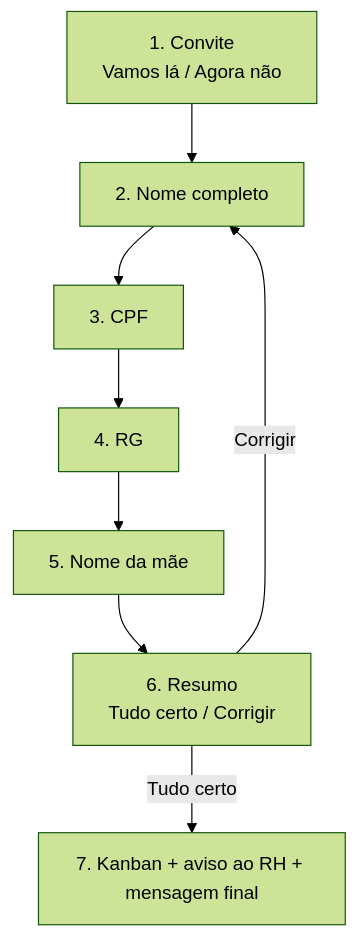
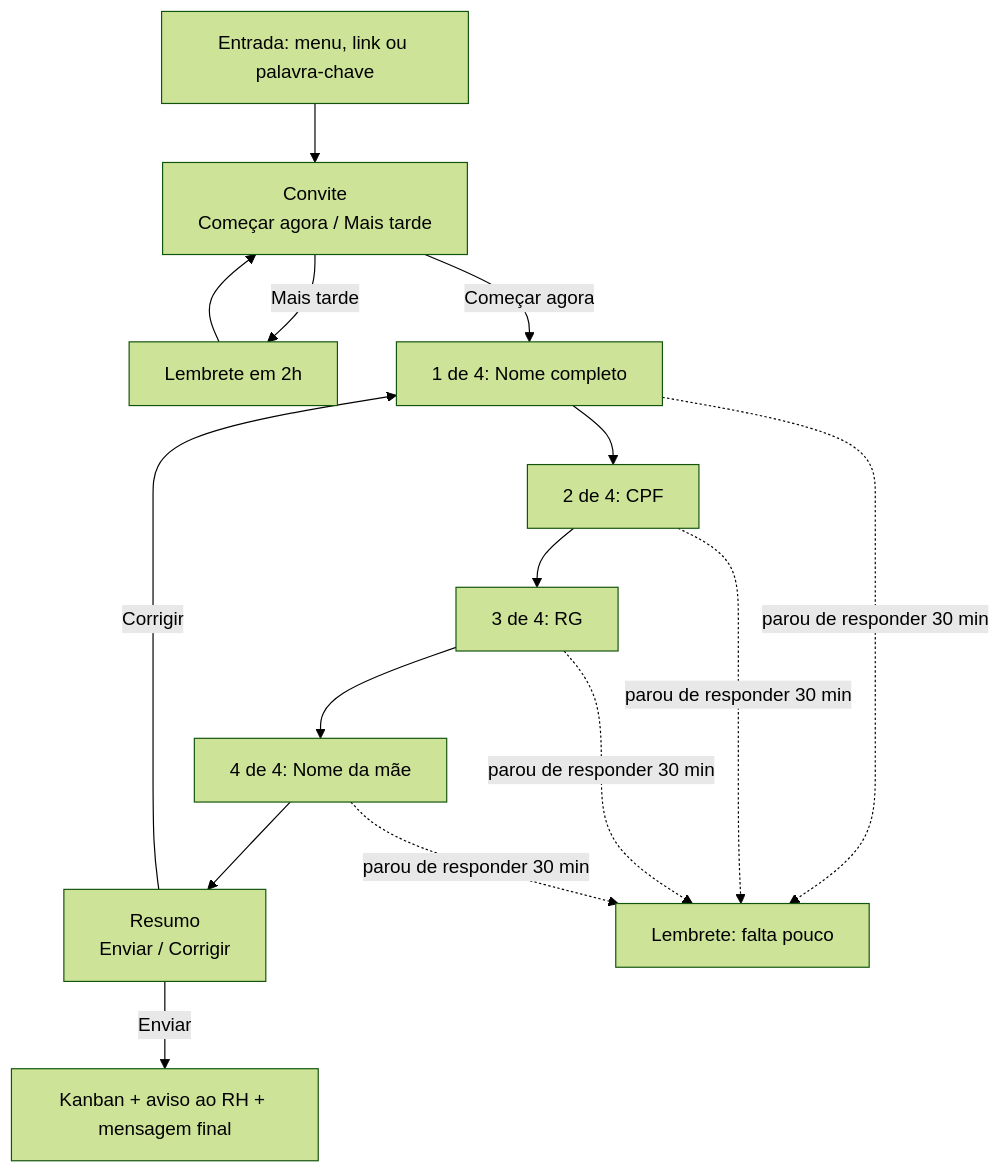
The diagram in IA/BOTCONVERSA_FLUXOS_PERBONI.md (marketingperboniflv-lab/perboni), drawn with Mermaid (forest theme) before and after one commit. The commit also changed other lines of this file and 1 other file, not shown here.

First line of the commit message:
Rewrite candidate flow copy for conversion

````diff
--- a/IA/BOTCONVERSA_FLUXOS_PERBONI.md
+++ b/IA/BOTCONVERSA_FLUXOS_PERBONI.md
@@ -10,10 +9,14 @@
 ```mermaid
 flowchart TD
-    A[1. Convite<br/>Vamos lá / Agora não] --> B[2. Nome completo]
-    B --> C[3. CPF]
-    C --> D[4. RG]
-    D --> E[5. Nome da mãe]
-    E --> F[6. Resumo<br/>Tudo certo / Corrigir]
-    F -- Corrigir --> B
-    F -- Tudo certo --> G[7. Kanban + aviso ao RH + mensagem final]
+    E[Entrada: menu, link ou palavra-chave] --> A[Convite<br/>Começar agora / Mais tarde]
+    A -- Mais tarde --> R1[Lembrete em 2h]
+    R1 --> A
+    A -- Começar agora --> P1[1 de 4: Nome completo]
+    P1 --> P2[2 de 4: CPF]
+    P2 --> P3[3 de 4: RG]
+    P3 --> P4[4 de 4: Nome da mãe]
+    P4 --> C[Resumo<br/>Enviar / Corrigir]
+    C -- Corrigir --> P1
+    C -- Enviar --> F[Kanban + aviso ao RH + mensagem final]
+    P1 & P2 & P3 & P4 -. parou de responder 30 min .-> R2[Lembrete: falta pouco]
 ```
````
